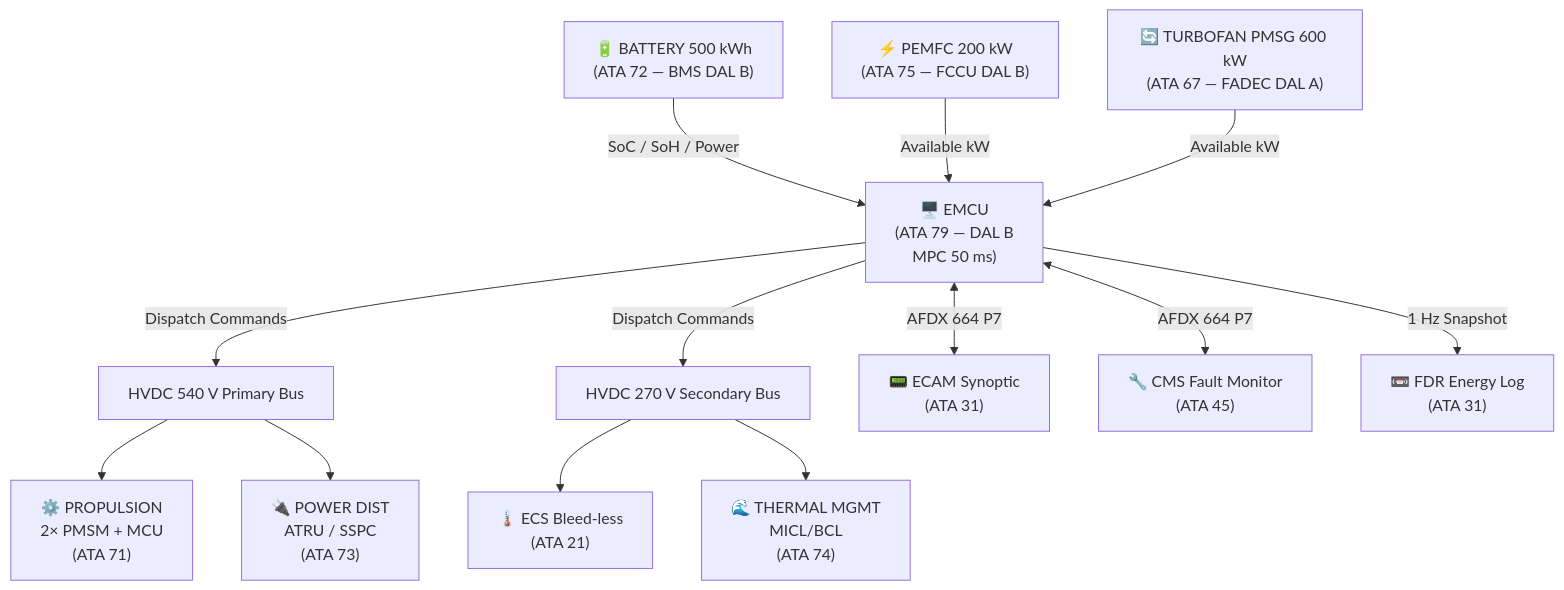
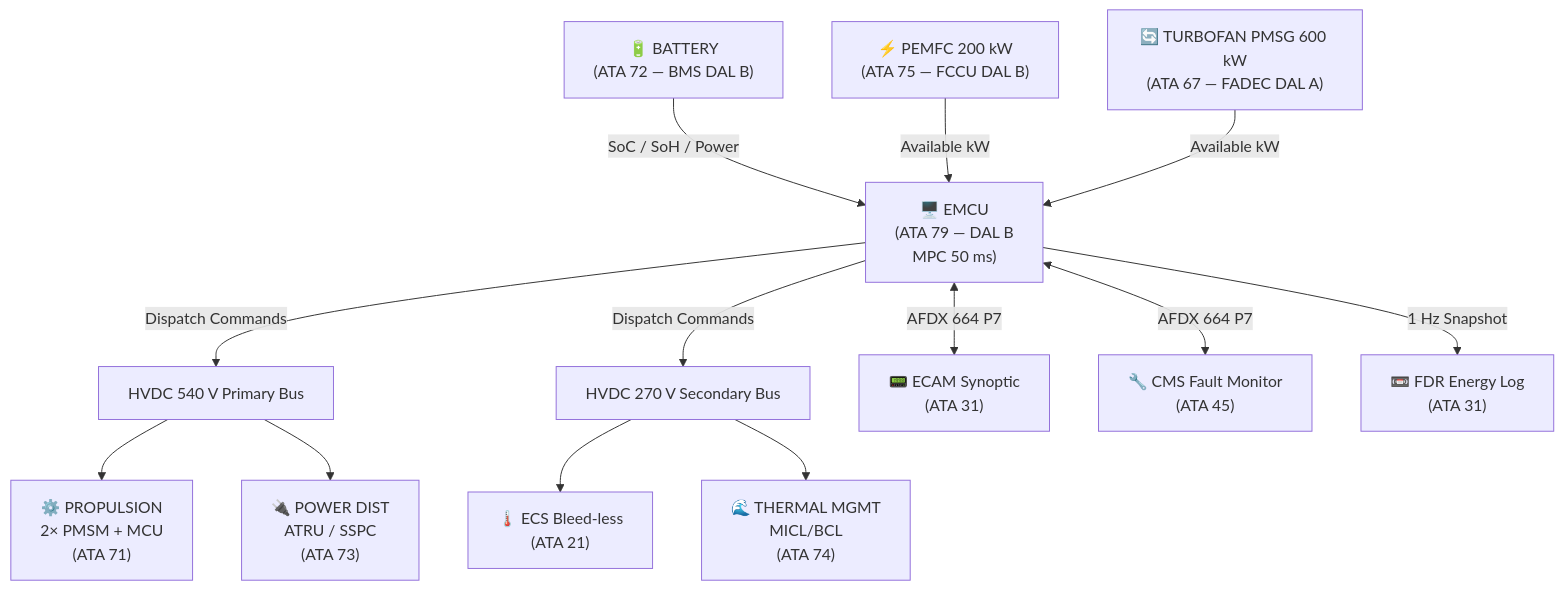
One commit to AmedeoPelliccia/Qplus-For-All-Queer-People-and-Quantum changed the first of 2 diagrams in Q+ATLANTIDE/000-099_ATLAS/070-079_Propulsion-Eco-Tech-e-Hibrido-Electrica/079_Energy-Management-System/079-000-Energy-Management-System-General.md. Above: the diagram before and after it, drawn with Mermaid. The commit also changed other lines of this file and 676 other files, not shown here.

````diff
--- a/Q+ATLANTIDE/000-099_ATLAS/070-079_Propulsion-Eco-Tech-e-Hibrido-Electrica/079_Energy-Management-System/079-000-Energy-Management-System-General.md
+++ b/Q+ATLANTIDE/000-099_ATLAS/070-079_Propulsion-Eco-Tech-e-Hibrido-Electrica/079_Energy-Management-System/079-000-Energy-Management-System-General.md
@@ -142,29 +125,29 @@
 ```mermaid
 graph TD
-    BAT["🔋 BATTERY 500 kWh\n(ATA 72 — BMS DAL B)"]
+    BAT["🔋 BATTERY <ENERGY-CAPACITY>\n(ATA 72 — BMS DAL B)"]
     PEMFC["⚡ PEMFC 200 kW\n(ATA 75 — FCCU DAL B)"]
     PMSG["🔄 TURBOFAN PMSG 600 kW\n(ATA 67 — FADEC DAL A)"]
     EMCU["🖥️ EMCU\n(ATA 79 — DAL B\nMPC 50 ms)"]
     HVDC540["HVDC 540 V Primary Bus"]
     HVDC270["HVDC 270 V Secondary Bus"]
     PROP["⚙️ PROPULSION\n2× PMSM + MCU\n(ATA 71)"]
     ECS["🌡️ ECS Bleed-less\n(ATA 21)"]
     PDIST["🔌 POWER DIST\nATRU / SSPC\n(ATA 73)"]
     TMC["🌊 THERMAL MGMT\nMICL/BCL\n(ATA 74)"]
     ECAM["📟 ECAM Synoptic\n(ATA 31)"]
     CMS["🔧 CMS Fault Monitor\n(ATA 45)"]
     FDR["📼 FDR Energy Log\n(ATA 31)"]
 
     BAT -->|"SoC / SoH / Power"| EMCU
     PEMFC -->|"Available kW"| EMCU
     PMSG -->|"Available kW"| EMCU
     EMCU -->|"Dispatch Commands"| HVDC540
     EMCU -->|"Dispatch Commands"| HVDC270
     HVDC540 --> PROP
     HVDC540 --> PDIST
     HVDC270 --> ECS
     HVDC270 --> TMC
     EMCU <-->|"AFDX 664 P7"| ECAM
     EMCU <-->|"AFDX 664 P7"| CMS
     EMCU -->|"1 Hz Snapshot"| FDR
 ```
````
